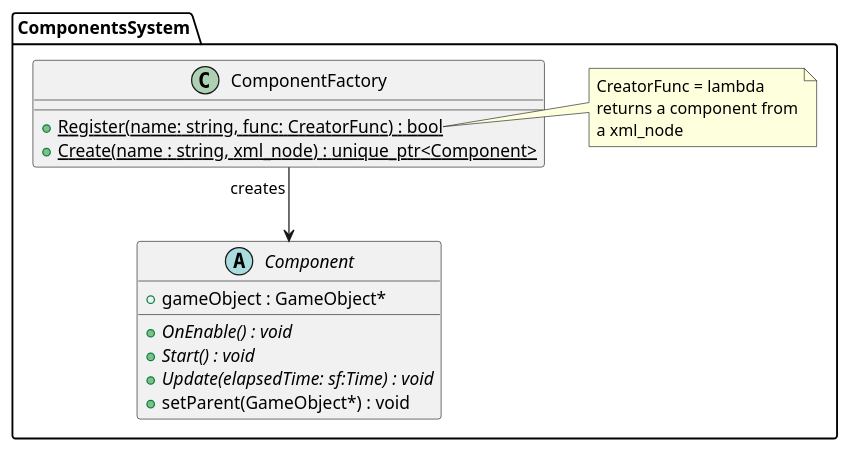
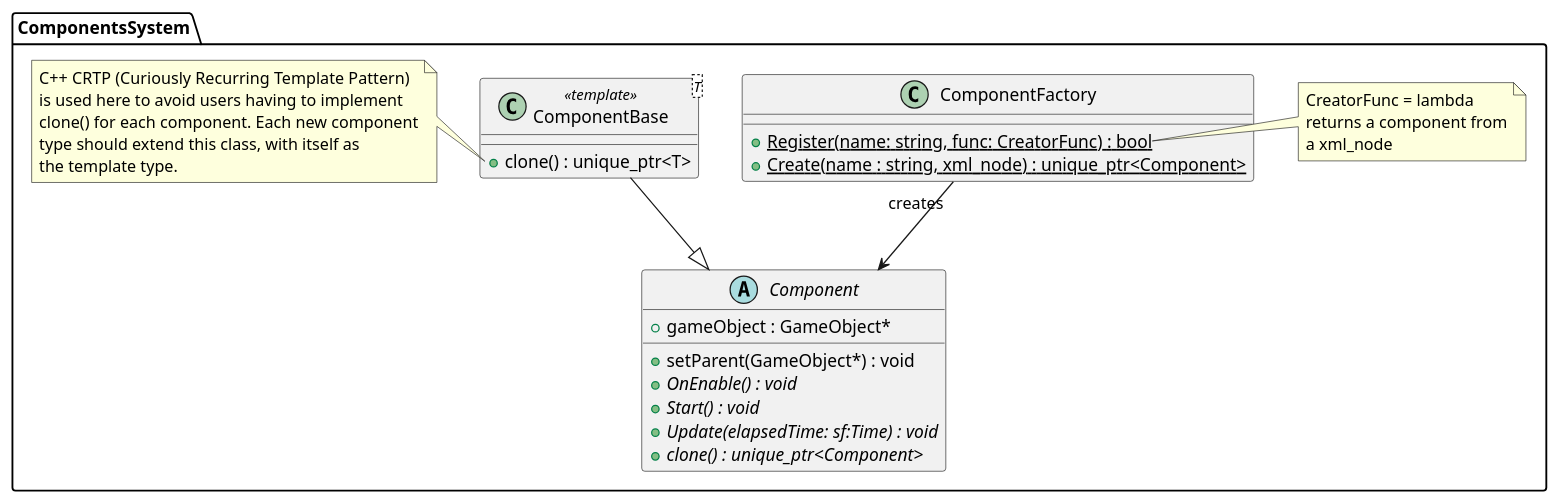
The diagram in doc/uml/components.puml (AntoFruch/PatternFactory), drawn with PlantUML before and after one commit. The commit also changed 4 other files, not shown here.

Commit message:
prototype pattern for prefab working fine. Curiously Recurring Template pattern to hide clone() methods from user.

```diff
--- a/doc/uml/components.puml
+++ b/doc/uml/components.puml
@@ -1,23 +1,37 @@
 @startuml objects
 namespace ComponentsSystem {
     class ComponentFactory{
         + {static} Register(name: string, func: CreatorFunc) : bool
         + {static} Create(name : string, xml_node) : unique_ptr<Component>
     }
     note right of ComponentFactory::Register
            CreatorFunc = lambda
            returns a component from
            a xml_node
     end note
 
+
+    class ComponentBase<T> <<template>> {
+        + clone() : unique_ptr<T>
+    }
+    note left of ComponentBase::clone
+        C++ CRTP (Curiously Recurring Template Pattern)
+        is used here to avoid users having to implement
+        clone() for each component. Each new component
+        type should extend this class, with itself as
+        the template type.
+    end note
+
     abstract class Component{
         + gameObject : GameObject*
+        + setParent(GameObject*) : void
         + {abstract} OnEnable() : void
         + {abstract} Start() : void
         + {abstract} Update(elapsedTime: sf:Time) : void
-        + setParent(GameObject*) : void
+        + {abstract} clone() : unique_ptr<Component>
     }
 
+   ComponentBase --|> Component
    ComponentFactory "creates" --> Component
 }
 @enduml
```
